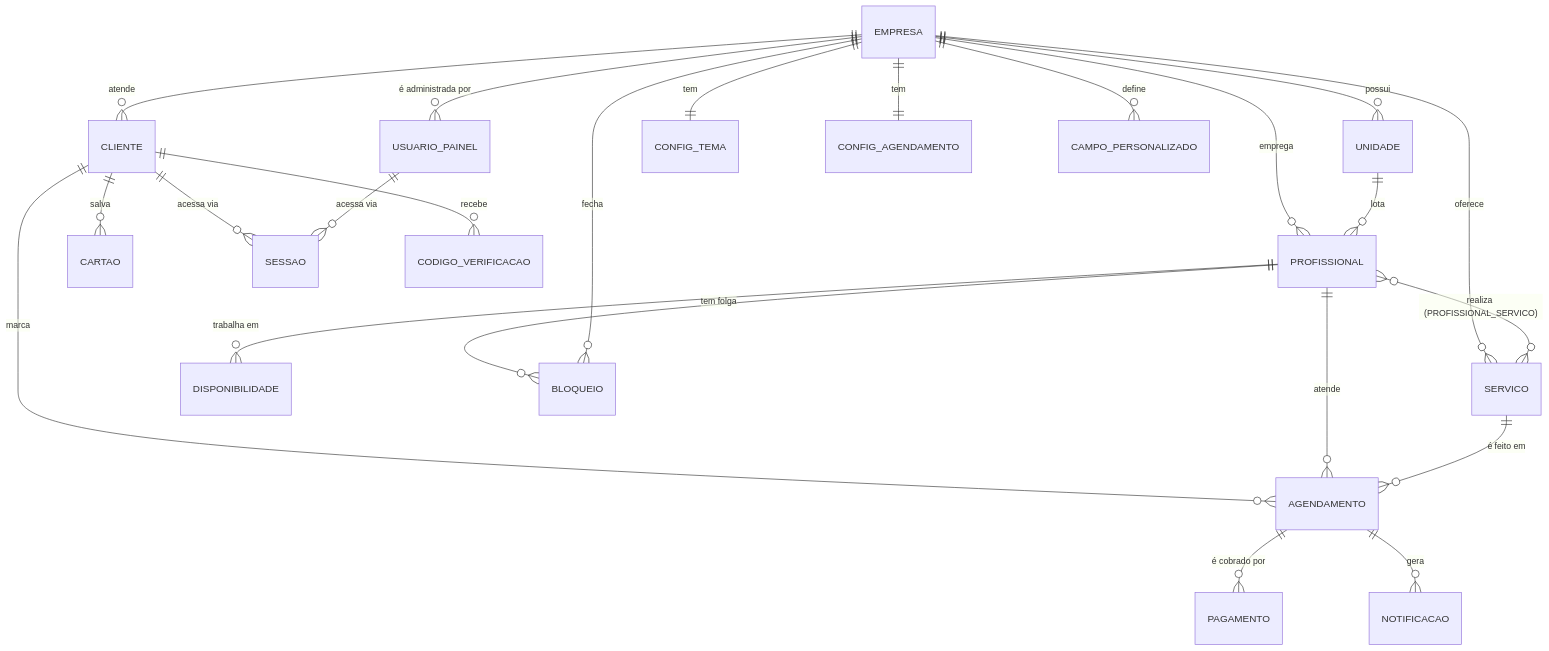
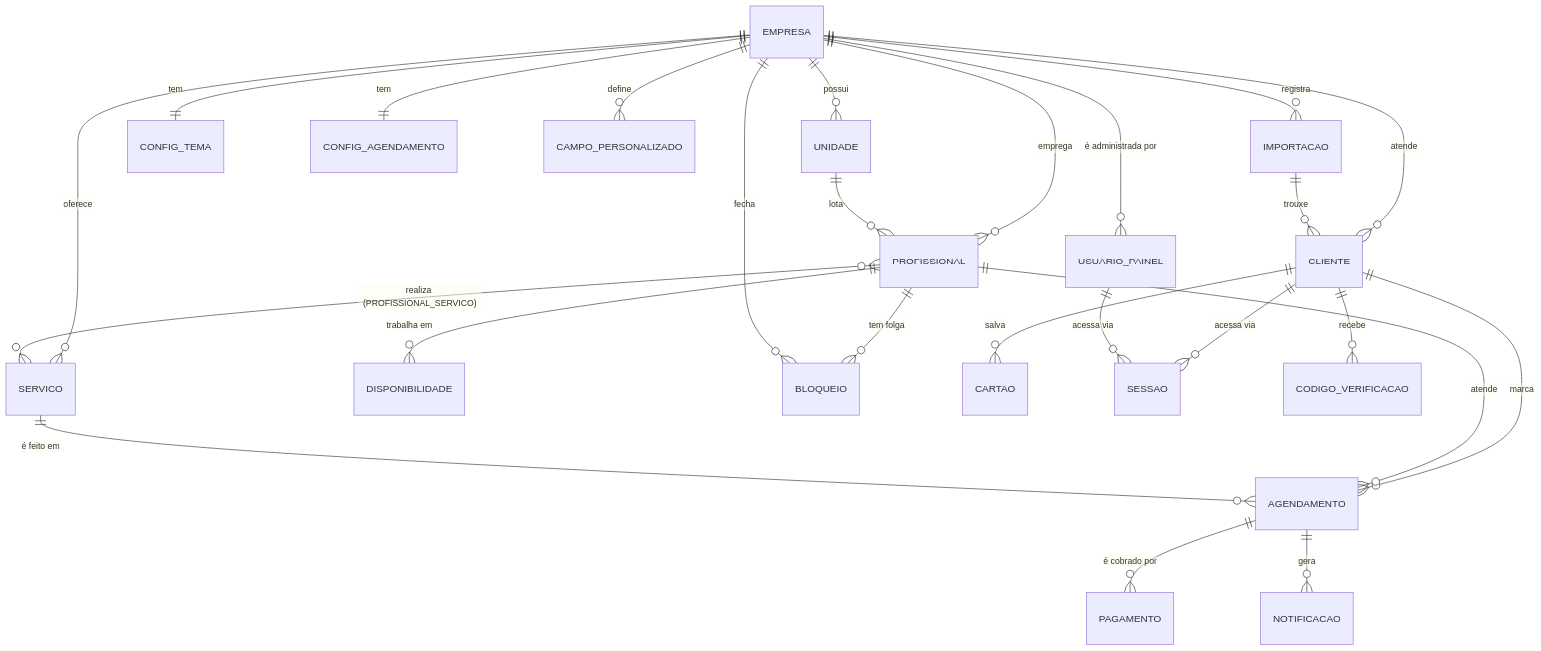
The diagram in docs/MODELO_DE_DADOS.md (nicollasoliv7/App-Barber-Agendamentos), drawn with Mermaid before and after one commit. The commit also changed other lines of this file and 73 other files, not shown here.

````diff
--- a/docs/MODELO_DE_DADOS.md
+++ b/docs/MODELO_DE_DADOS.md
@@ -8,25 +8,27 @@
 ```mermaid
 erDiagram
   EMPRESA ||--o{ UNIDADE : possui
   EMPRESA ||--o{ USUARIO_PAINEL : "é administrada por"
   EMPRESA ||--o{ SERVICO : oferece
   EMPRESA ||--o{ PROFISSIONAL : emprega
   EMPRESA ||--o{ CLIENTE : atende
   EMPRESA ||--|| CONFIG_TEMA : tem
   EMPRESA ||--|| CONFIG_AGENDAMENTO : tem
   EMPRESA ||--o{ CAMPO_PERSONALIZADO : define
   UNIDADE ||--o{ PROFISSIONAL : lota
   PROFISSIONAL }o--o{ SERVICO : "realiza (PROFISSIONAL_SERVICO)"
   PROFISSIONAL ||--o{ DISPONIBILIDADE : "trabalha em"
   PROFISSIONAL ||--o{ BLOQUEIO : "tem folga"
   EMPRESA ||--o{ BLOQUEIO : "fecha"
   CLIENTE ||--o{ AGENDAMENTO : marca
   PROFISSIONAL ||--o{ AGENDAMENTO : atende
   SERVICO ||--o{ AGENDAMENTO : "é feito em"
   AGENDAMENTO ||--o{ PAGAMENTO : "é cobrado por"
   CLIENTE ||--o{ CARTAO : salva
   CLIENTE ||--o{ SESSAO : "acessa via"
   USUARIO_PAINEL ||--o{ SESSAO : "acessa via"
   AGENDAMENTO ||--o{ NOTIFICACAO : gera
   CLIENTE ||--o{ CODIGO_VERIFICACAO : recebe
+  EMPRESA ||--o{ IMPORTACAO : registra
+  IMPORTACAO ||--o{ CLIENTE : "trouxe"
 ```
````
